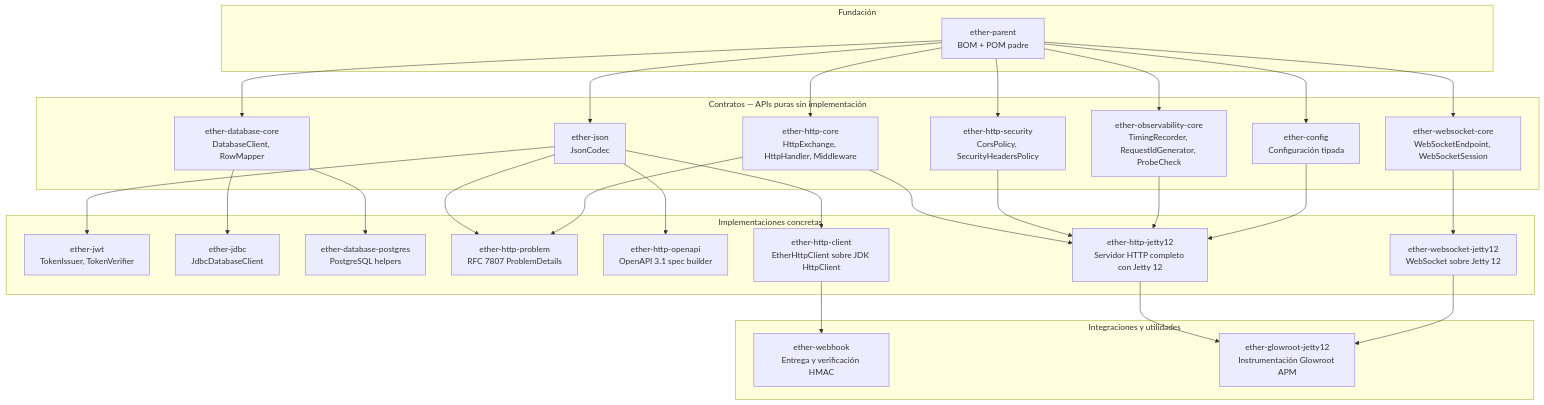
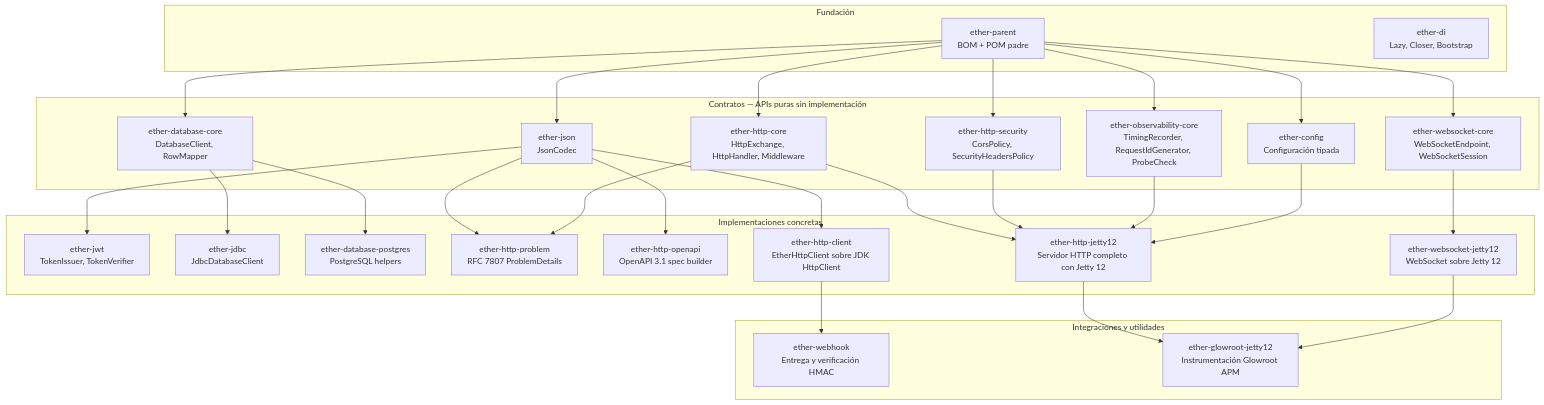
One commit to rafex/ether-deployment-hub changed the first of 7 diagrams in README.template.md. Above: the diagram before and after it, drawn with Mermaid. The commit also changed other lines of this file and 4 other files, not shown here.

````diff
--- a/README.template.md
+++ b/README.template.md
@@ -38,44 +38,45 @@
 ```mermaid
 graph TD
     subgraph Fundación
         P[ether-parent<br/>BOM + POM padre]
+        DI[ether-di<br/>Lazy, Closer, Bootstrap]
     end
 
     subgraph Contratos["Contratos — APIs puras sin implementación"]
         CFG[ether-config<br/>Configuración tipada]
         DBC[ether-database-core<br/>DatabaseClient, RowMapper]
         JSON[ether-json<br/>JsonCodec]
         OBS[ether-observability-core<br/>TimingRecorder, RequestIdGenerator, ProbeCheck]
         HC[ether-http-core<br/>HttpExchange, HttpHandler, Middleware]
         SEC[ether-http-security<br/>CorsPolicy, SecurityHeadersPolicy]
         WSC[ether-websocket-core<br/>WebSocketEndpoint, WebSocketSession]
     end
 
     subgraph Implementaciones["Implementaciones concretas"]
         JWT[ether-jwt<br/>TokenIssuer, TokenVerifier]
         JDBC[ether-jdbc<br/>JdbcDatabaseClient]
         PG[ether-database-postgres<br/>PostgreSQL helpers]
         PROB[ether-http-problem<br/>RFC 7807 ProblemDetails]
         OAI[ether-http-openapi<br/>OpenAPI 3.1 spec builder]
         CLI[ether-http-client<br/>EtherHttpClient sobre JDK HttpClient]
         HJ[ether-http-jetty12<br/>Servidor HTTP completo con Jetty 12]
         WSJ[ether-websocket-jetty12<br/>WebSocket sobre Jetty 12]
     end
 
     subgraph Integraciones["Integraciones y utilidades"]
         WH[ether-webhook<br/>Entrega y verificación HMAC]
         GLW[ether-glowroot-jetty12<br/>Instrumentación Glowroot APM]
     end
 
     P --> CFG & DBC & JSON & OBS & HC & SEC & WSC
     DBC --> JDBC & PG
     JSON --> JWT & PROB & OAI & CLI
     HC --> PROB & HJ
     SEC --> HJ
     OBS --> HJ
     CFG --> HJ
     CLI --> WH
     WSC --> WSJ
     HJ --> GLW
     WSJ --> GLW
 ```
````
